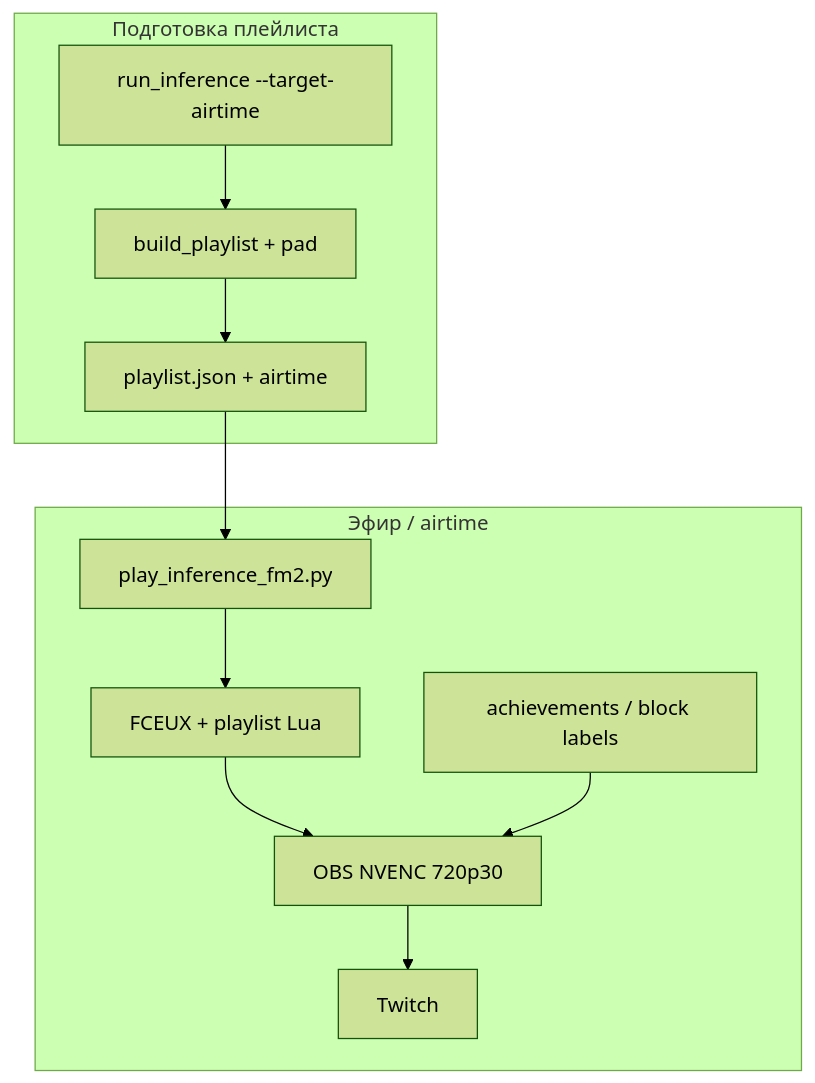
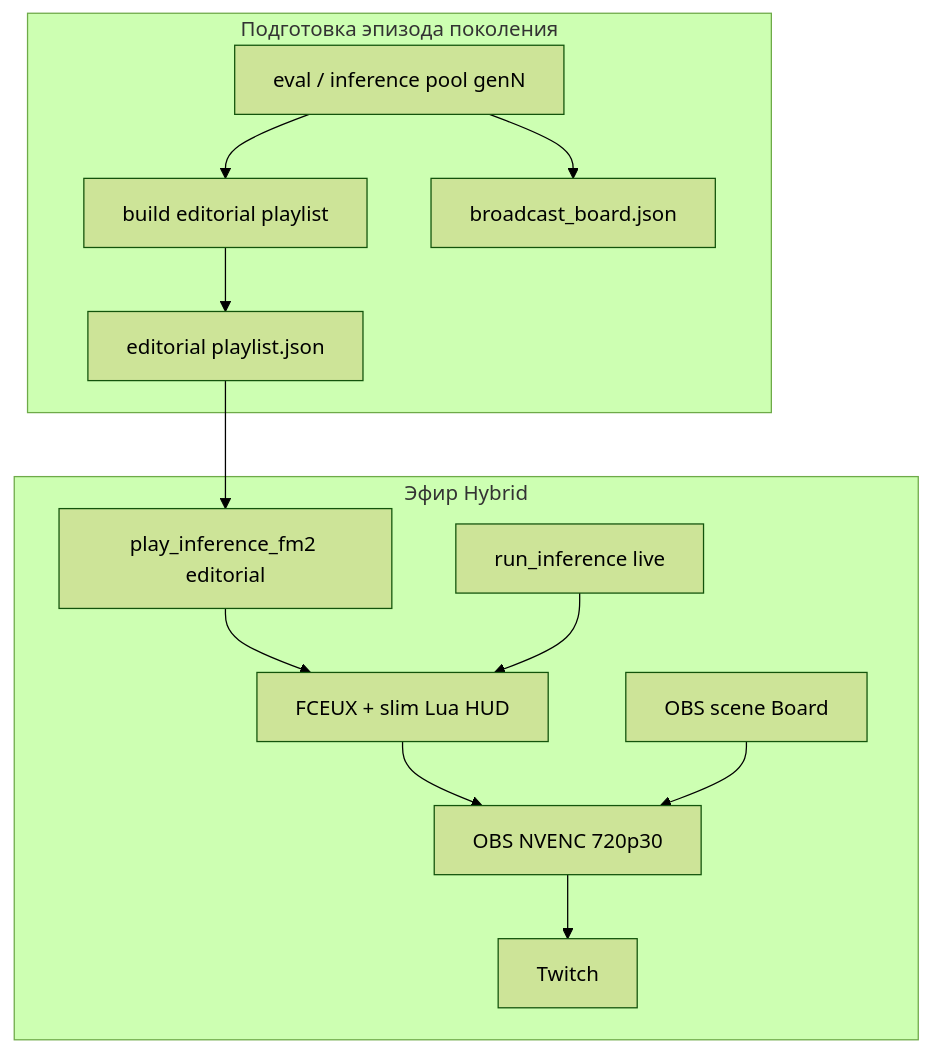
One commit to dimadroog/wait changed the diagram in docs/STREAMING_CONCEPT.md. Above: the diagram before and after it, drawn with Mermaid (forest theme). The commit also changed other lines of this file and 7 other files, not shown here.

````diff
--- a/docs/STREAMING_CONCEPT.md
+++ b/docs/STREAMING_CONCEPT.md
@@ -93,20 +108,24 @@
 ```mermaid
 flowchart TB
-    subgraph prep [Подготовка плейлиста]
-        Infer["run_inference --target-airtime"]
-        Build[build_playlist + pad]
-        Infer --> Build
-        Build --> Manifest["playlist.json + airtime"]
+    subgraph prep [Подготовка эпизода поколения]
+        Eval["eval / inference pool genN"]
+        EditBuild["build editorial playlist"]
+        BoardJson["broadcast_board.json"]
+        Eval --> EditBuild
+        Eval --> BoardJson
+        EditBuild --> Manifest["editorial playlist.json"]
     end
-    subgraph air [Эфир / airtime]
-        Play[play_inference_fm2.py]
-        FCEUX[FCEUX + playlist Lua]
+    subgraph air [Эфир Hybrid]
+        Board[OBS scene Board]
+        Play[play_inference_fm2 editorial]
+        Live[run_inference live]
+        FCEUX[FCEUX + slim Lua HUD]
         OBS[OBS NVENC 720p30]
-        Overlay[achievements / block labels]
         Manifest --> Play
         Play --> FCEUX
+        Live --> FCEUX
         FCEUX --> OBS
-        Overlay --> OBS
+        Board --> OBS
         OBS --> Twitch[Twitch]
     end
 ```
````
